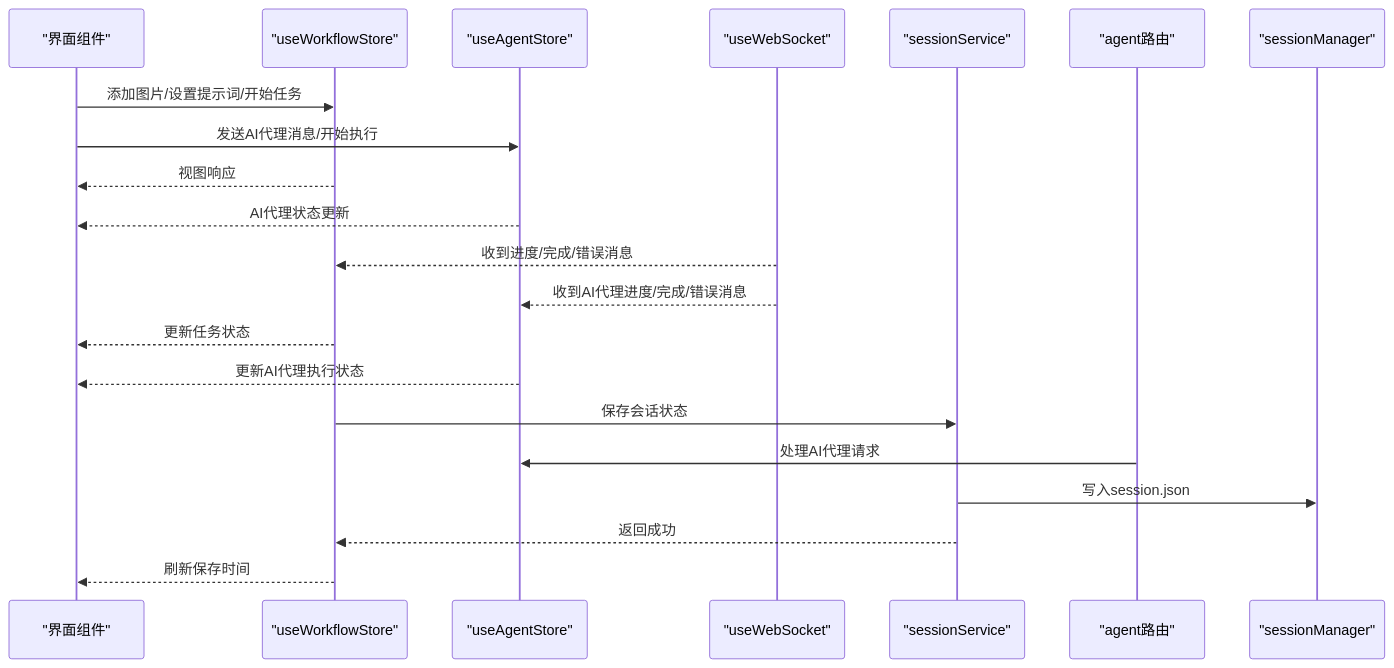
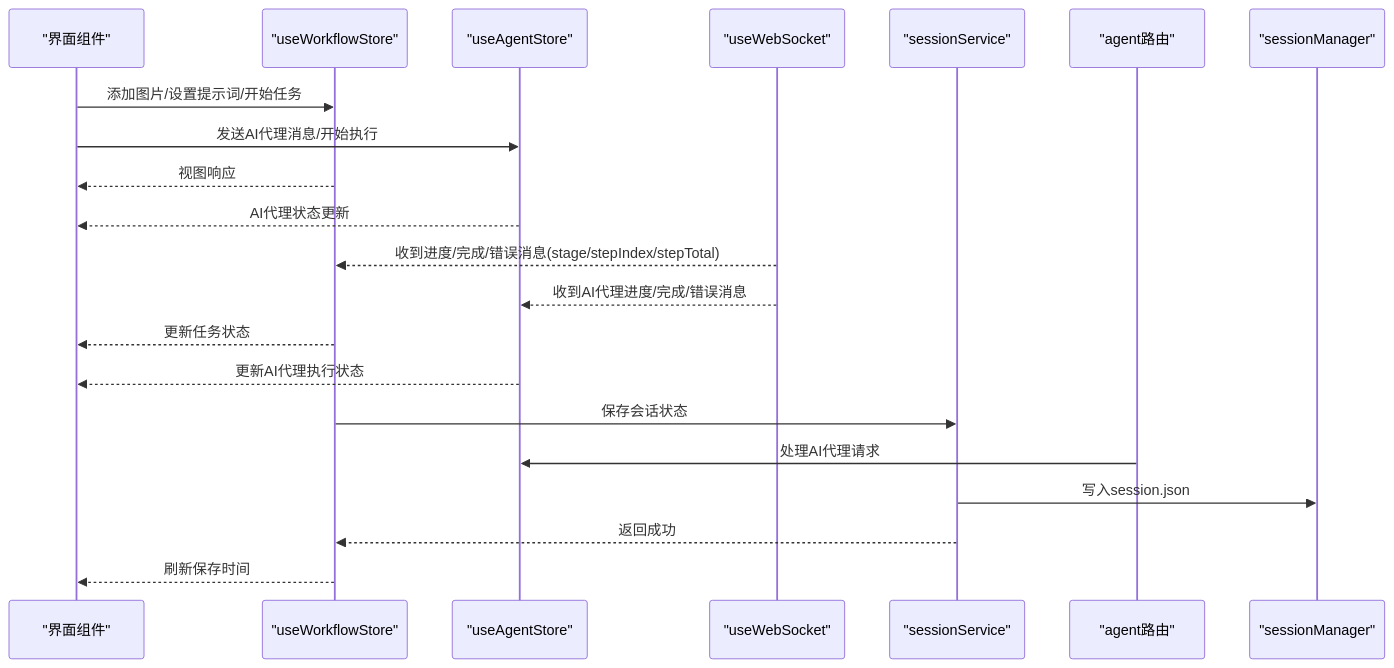
One commit to billye220670/CorineKit_Pix2Real changed the second of 9 diagrams in .qoder/repowiki/zh/content/前端应用/状态管理系统/工作流状态管理/工作流状态管理.md. Above: the diagram before and after it, drawn with Mermaid. The commit also changed other lines of this file and 13 other files, not shown here.

````diff
--- a/.qoder/repowiki/zh/content/前端应用/状态管理系统/工作流状态管理/工作流状态管理.md
+++ b/.qoder/repowiki/zh/content/前端应用/状态管理系统/工作流状态管理/工作流状态管理.md
@@ -140,23 +148,23 @@
 ```mermaid
 sequenceDiagram
 participant UI as "界面组件"
 participant Store as "useWorkflowStore"
 participant AgentStore as "useAgentStore"
 participant WS as "useWebSocket"
 participant API as "sessionService"
 participant AgentAPI as "agent路由"
 participant Srv as "sessionManager"
 UI->>Store : 添加图片/设置提示词/开始任务
 UI->>AgentStore : 发送AI代理消息/开始执行
 Store-->>UI : 视图响应
 AgentStore-->>UI : AI代理状态更新
-WS-->>Store : 收到进度/完成/错误消息
+WS-->>Store : 收到进度/完成/错误消息(stage/stepIndex/stepTotal)
 WS-->>AgentStore : 收到AI代理进度/完成/错误消息
 Store-->>UI : 更新任务状态
 AgentStore-->>UI : 更新AI代理执行状态
 Store->>API : 保存会话状态
 AgentAPI->>AgentStore : 处理AI代理请求
 API->>Srv : 写入session.json
 API-->>Store : 返回成功
 Store-->>UI : 刷新保存时间
 ```
````
